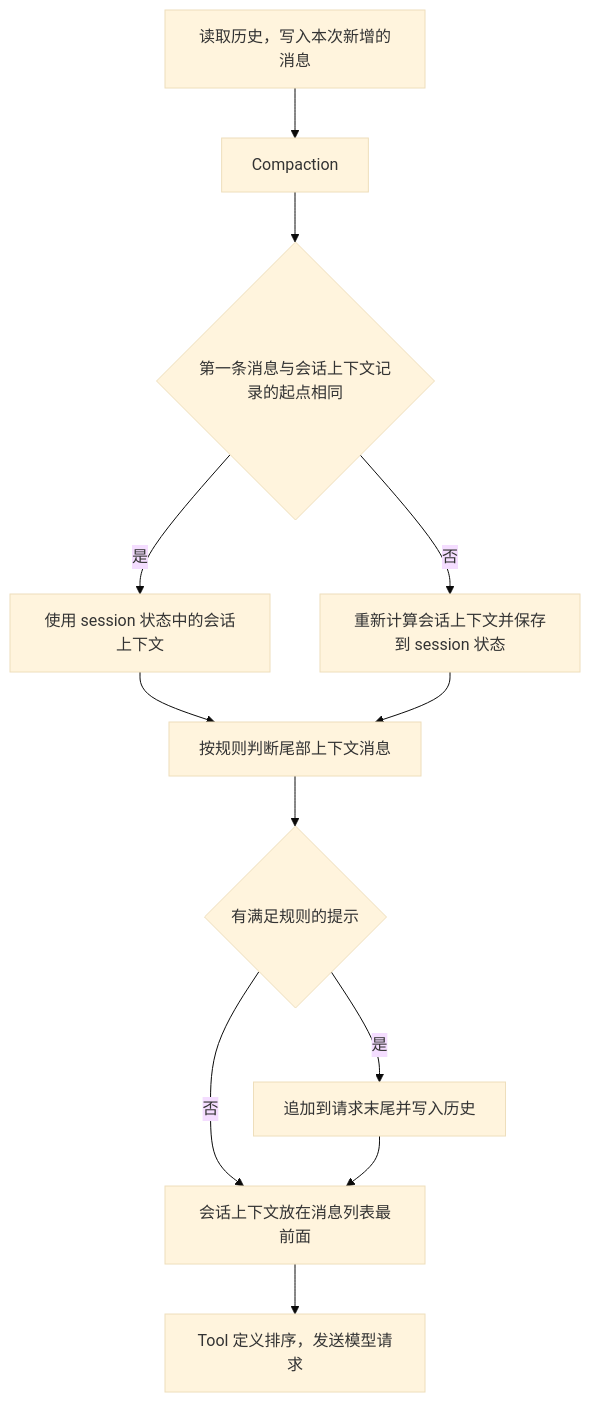
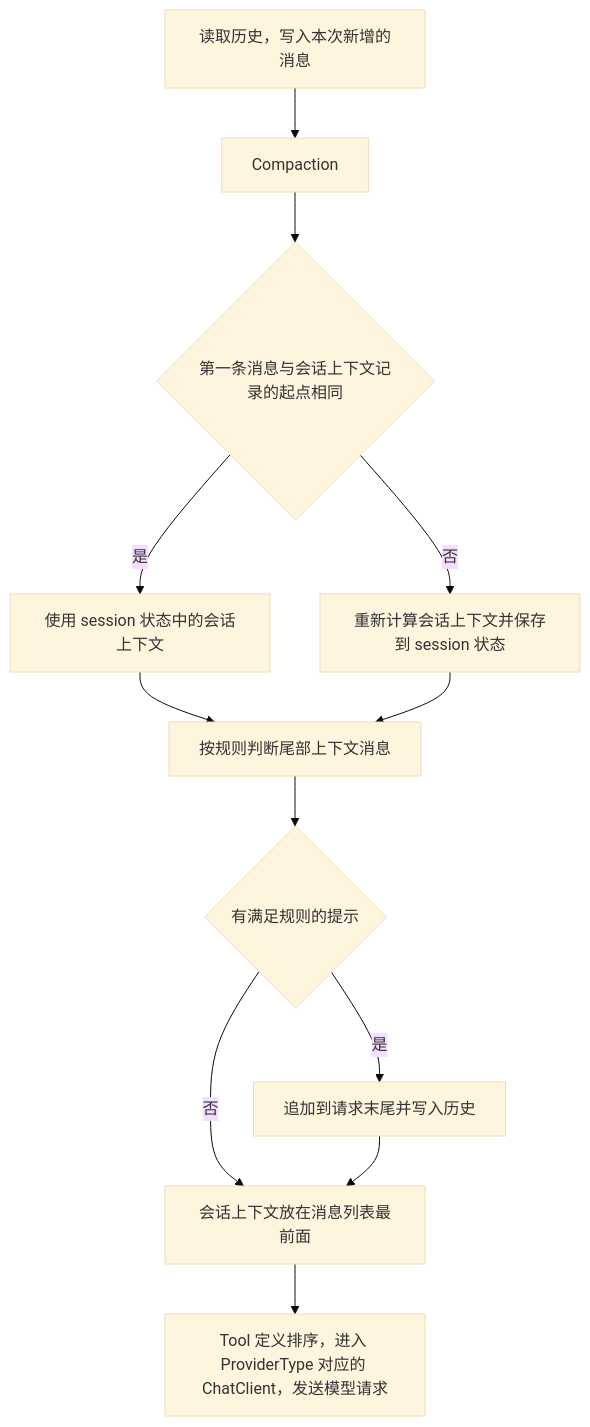
Before and after one commit to zxyao145/agw: the diagram in docs/designs/2026-11-18-System-Agent模型请求token优化.md, drawn with Mermaid (base theme). The commit also changed other lines of this file and 1 other file, not shown here.

````diff
--- a/docs/designs/2026-11-18-System-Agent模型请求token优化.md
+++ b/docs/designs/2026-11-18-System-Agent模型请求token优化.md
@@ -141,14 +162,14 @@
 ```mermaid
 flowchart TD
     A["读取历史，写入本次新增的消息"] --> B["Compaction"]
     B --> C{"第一条消息与会话上下文记录的起点相同"}
     C -- 是 --> D["使用 session 状态中的会话上下文"]
     C -- 否 --> E["重新计算会话上下文并保存到 session 状态"]
     D --> F["按规则判断尾部上下文消息"]
     E --> F
     F --> G{"有满足规则的提示"}
     G -- 是 --> H["追加到请求末尾并写入历史"]
     G -- 否 --> I["会话上下文放在消息列表最前面"]
     H --> I
-    I --> J["Tool 定义排序，发送模型请求"]
+    I --> J["Tool 定义排序，进入 ProviderType 对应的 ChatClient，发送模型请求"]
 ```
````
